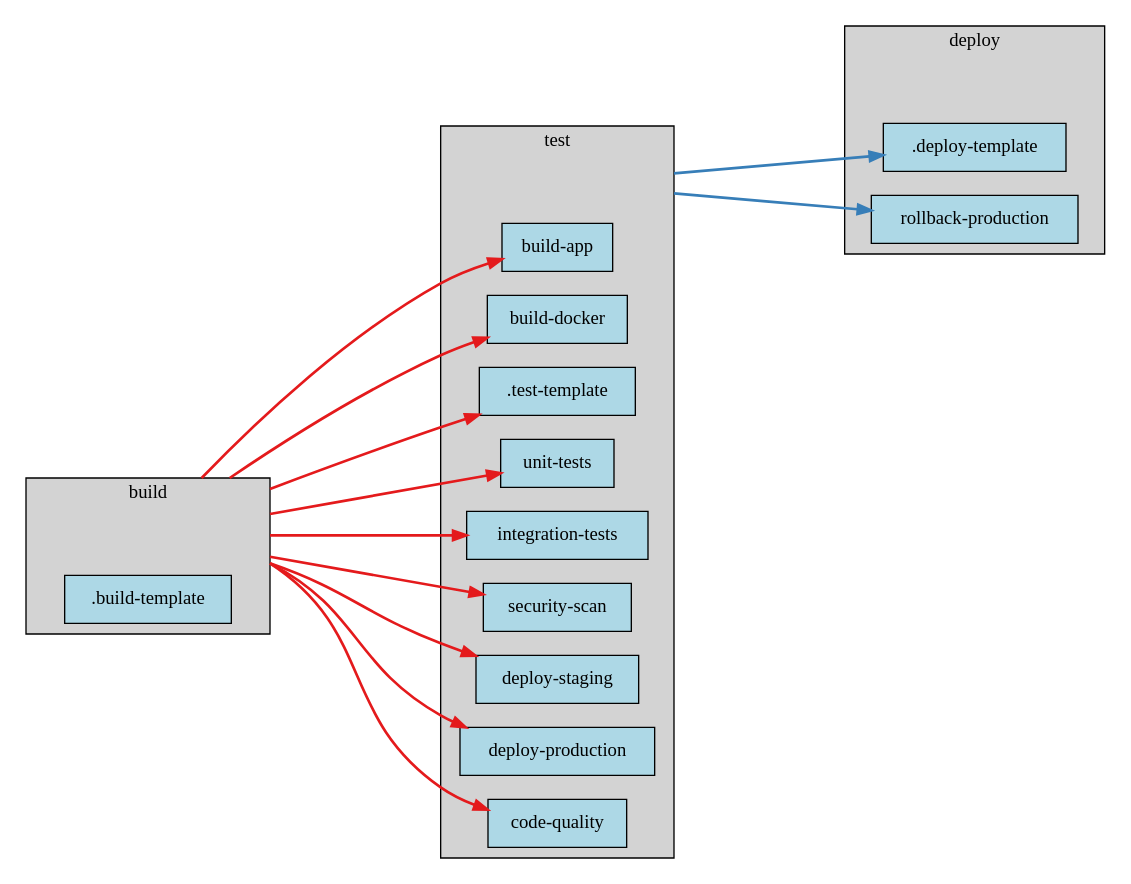
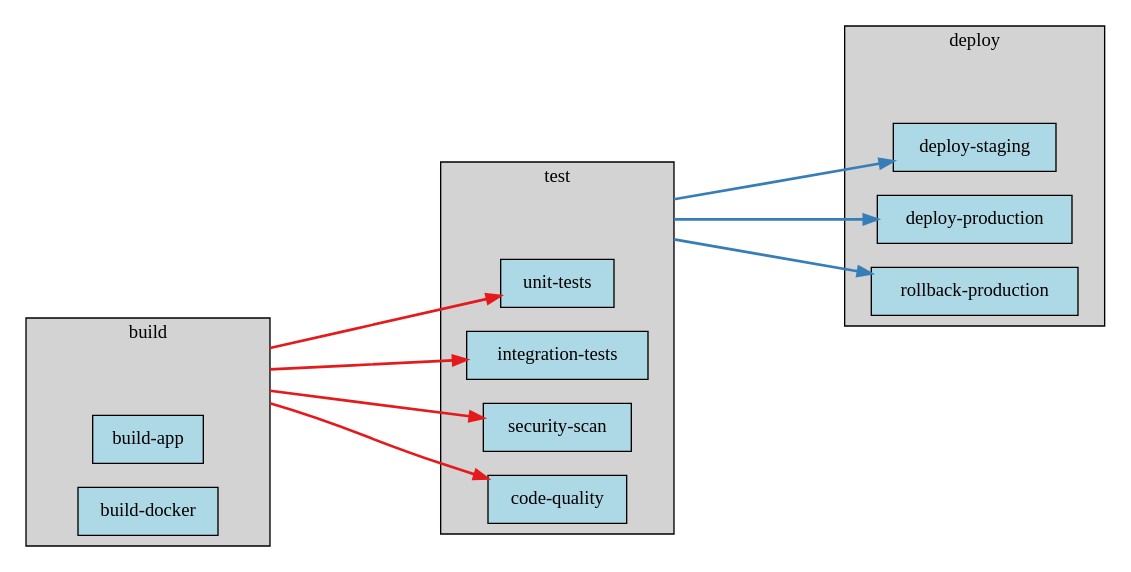
The diagram in test_ci_projects/proj11.output_reference/dag.dot (eisbaw/gitlab_local_ci), drawn with Graphviz before and after one commit. The commit also changed 13 other files, not shown here.

```diff
--- a/test_ci_projects/proj11.output_reference/dag.dot
+++ b/test_ci_projects/proj11.output_reference/dag.dot
@@ -1,57 +1,50 @@
 digraph pipeline {
   rankdir="LR";
   ranksep=2;
   compound=true;
   node [shape=box, style=filled, fillcolor=lightblue];
 
   subgraph cluster_build {
     label="build";
     style=filled;
     fillcolor=lightgrey;
 
     __stage_anchor_build [style=invis, width=0, height=0];
 
-    _build_template [label=".build-template", tooltip="---\nstage: build\nbefore_script:\n- echo \"Preparing build environment...\"\nartifacts:\n  paths:\n  - build/\n  expire_in: 1 hour\n"];
+    build_app [label="build-app", tooltip="---\nstage: build\nbefore_script:\n- echo \"Preparing build environment...\"\nartifacts:\n  paths:\n  - build/\n  expire_in: 1 hour\nscript:\n- echo \"Building application with overrides...\"\n- echo \"Build type: ${BUILD_TYPE}\"\n- mkdir -p build\n- echo \"app-v${VERSION}-optimized\" > build/app.txt\n- echo \"Build completed with custom configuration\"\nvariables:\n  BUILD_TYPE: optimized\nafter_script:\n- echo \"Custom post-build step\"\n- ls -la build/\n"];
+    build_docker [label="build-docker", tooltip="---\nstage: build\nbefore_script:\n- echo \"Preparing build environment...\"\nartifacts:\n  paths:\n  - build/\n  expire_in: 1 hour\nscript:\n- echo \"Building Docker image...\"\n- mkdir -p build\n- echo \"docker-image:latest\" > build/docker.txt\n- echo \"Docker build completed\"\nonly:\n- main\n- develop\n"];
   }
 
   subgraph cluster_test {
     label="test";
     style=filled;
     fillcolor=lightgrey;
 
     __stage_anchor_test [style=invis, width=0, height=0];
 
-    build_app [label="build-app", tooltip="---\nextends: \".build-template\"\nscript:\n- echo \"Building application with overrides...\"\n- echo \"Build type: ${BUILD_TYPE}\"\n- mkdir -p build\n- echo \"app-v${VERSION}-optimized\" > build/app.txt\n- echo \"Build completed with custom configuration\"\nvariables:\n  BUILD_TYPE: optimized\nafter_script:\n- echo \"Custom post-build step\"\n- ls -la build/\n"];
-    build_docker [label="build-docker", tooltip="---\nextends: \".build-template\"\nscript:\n- echo \"Building Docker image...\"\n- mkdir -p build\n- echo \"docker-image:latest\" > build/docker.txt\n- echo \"Docker build completed\"\nonly:\n- main\n- develop\n"];
-    _test_template [label=".test-template", tooltip="---\nstage: test\nbefore_script:\n- echo \"Setting up test environment...\"\n"];
-    unit_tests [label="unit-tests", tooltip="---\nextends: \".test-template\"\nscript:\n- echo \"Running unit tests...\"\n- echo \"Test suite: Unit Tests\"\n- echo \"Tests passed: 150/150\"\n- echo \"Coverage: 85%\"\ndependencies:\n- build-app\n"];
-    integration_tests [label="integration-tests", tooltip="---\nextends: \".test-template\"\nscript:\n- echo \"Running integration tests (with override)...\"\n- echo \"Test suite: Integration Tests (Extended)\"\n- echo \"Running additional smoke tests...\"\n- echo \"Tests passed: 50/50\"\n- echo \"All integration tests passed\"\ndependencies:\n- build-app\nallow_failure: true\n"];
-    security_scan [label="security-scan", tooltip="---\nextends: \".test-template\"\nscript:\n- echo \"Running security scan...\"\n- echo \"Scanning for vulnerabilities...\"\n- echo \"No critical vulnerabilities found\"\nallow_failure: true\n"];
-    deploy_staging [label="deploy-staging", tooltip="---\nextends: \".deploy-template\"\nscript:\n- echo \"Deploying to staging environment...\"\n- echo \"Target: staging.example.com\"\n- echo \"Deployment completed\"\nenvironment:\n  name: staging\n  url: https://staging.example.com\nonly:\n- develop\n"];
-    deploy_production [label="deploy-production", tooltip="---\nextends: \".deploy-template\"\nscript:\n- echo \"Deploying to production environment (verified)...\"\n- echo \"Target: www.example.com\"\n- echo \"Running pre-deployment health checks...\"\n- echo \"Production deployment completed successfully\"\nenvironment:\n  name: production\n  url: https://www.example.com\nonly:\n- main\nwhen: manual\nbefore_script:\n- echo \"Preparing production deployment with extra checks...\"\n- echo \"Verifying all tests passed...\"\n- echo \"Checking deployment prerequisites...\"\nafter_script:\n- echo \"Running post-deployment verification...\"\n- echo \"Sending deployment notification...\"\n"];
+    unit_tests [label="unit-tests", tooltip="---\nstage: test\nbefore_script:\n- echo \"Setting up test environment...\"\nscript:\n- echo \"Running unit tests...\"\n- echo \"Test suite: Unit Tests\"\n- echo \"Tests passed: 150/150\"\n- echo \"Coverage: 85%\"\ndependencies:\n- build-app\n"];
+    integration_tests [label="integration-tests", tooltip="---\nstage: test\nbefore_script:\n- echo \"Setting up test environment...\"\nscript:\n- echo \"Running integration tests (with override)...\"\n- echo \"Test suite: Integration Tests (Extended)\"\n- echo \"Running additional smoke tests...\"\n- echo \"Tests passed: 50/50\"\n- echo \"All integration tests passed\"\ndependencies:\n- build-app\nallow_failure: true\n"];
+    security_scan [label="security-scan", tooltip="---\nstage: test\nbefore_script:\n- echo \"Setting up test environment...\"\nscript:\n- echo \"Running security scan...\"\n- echo \"Scanning for vulnerabilities...\"\n- echo \"No critical vulnerabilities found\"\nallow_failure: true\n"];
     code_quality [label="code-quality", tooltip="---\nstage: test\nscript:\n- echo \"Running code quality checks...\"\n- echo \"Analyzing code style...\"\n- echo \"Checking for code smells...\"\n- echo \"Quality score: A+\"\ndependencies:\n- build-app\nallow_failure: true\n"];
   }
 
   subgraph cluster_deploy {
     label="deploy";
     style=filled;
     fillcolor=lightgrey;
 
     __stage_anchor_deploy [style=invis, width=0, height=0];
 
-    _deploy_template [label=".deploy-template", tooltip="---\nstage: deploy\nbefore_script:\n- echo \"Preparing deployment...\"\nwhen: manual\nonly:\n- main\n- develop\n"];
+    deploy_staging [label="deploy-staging", tooltip="---\nstage: deploy\nbefore_script:\n- echo \"Preparing deployment...\"\nwhen: manual\nonly:\n- develop\nscript:\n- echo \"Deploying to staging environment...\"\n- echo \"Target: staging.example.com\"\n- echo \"Deployment completed\"\nenvironment:\n  name: staging\n  url: https://staging.example.com\n"];
+    deploy_production [label="deploy-production", tooltip="---\nstage: deploy\nbefore_script:\n- echo \"Preparing production deployment with extra checks...\"\n- echo \"Verifying all tests passed...\"\n- echo \"Checking deployment prerequisites...\"\nwhen: manual\nonly:\n- main\nscript:\n- echo \"Deploying to production environment (verified)...\"\n- echo \"Target: www.example.com\"\n- echo \"Running pre-deployment health checks...\"\n- echo \"Production deployment completed successfully\"\nenvironment:\n  name: production\n  url: https://www.example.com\nafter_script:\n- echo \"Running post-deployment verification...\"\n- echo \"Sending deployment notification...\"\n"];
     rollback_production [label="rollback-production", tooltip="---\nstage: deploy\nscript:\n- echo \"Rolling back production deployment...\"\n- echo \"Restoring previous version...\"\n- echo \"Rollback completed\"\nenvironment:\n  name: production\n  action: rollback\nwhen: manual\nonly:\n- main\n"];
   }
 
-  __stage_anchor_build -> build_app [ltail=cluster_build, style=bold, color="#E41A1C"];
-  __stage_anchor_build -> build_docker [ltail=cluster_build, style=bold, color="#E41A1C"];
-  __stage_anchor_build -> _test_template [ltail=cluster_build, style=bold, color="#E41A1C"];
   __stage_anchor_build -> unit_tests [ltail=cluster_build, style=bold, color="#E41A1C"];
   __stage_anchor_build -> integration_tests [ltail=cluster_build, style=bold, color="#E41A1C"];
   __stage_anchor_build -> security_scan [ltail=cluster_build, style=bold, color="#E41A1C"];
-  __stage_anchor_test -> _deploy_template [ltail=cluster_test, style=bold, color="#377EB8"];
-  __stage_anchor_build -> deploy_staging [ltail=cluster_build, style=bold, color="#E41A1C"];
-  __stage_anchor_build -> deploy_production [ltail=cluster_build, style=bold, color="#E41A1C"];
+  __stage_anchor_test -> deploy_staging [ltail=cluster_test, style=bold, color="#377EB8"];
+  __stage_anchor_test -> deploy_production [ltail=cluster_test, style=bold, color="#377EB8"];
   __stage_anchor_test -> rollback_production [ltail=cluster_test, style=bold, color="#377EB8"];
   __stage_anchor_build -> code_quality [ltail=cluster_build, style=bold, color="#E41A1C"];
 }
```
